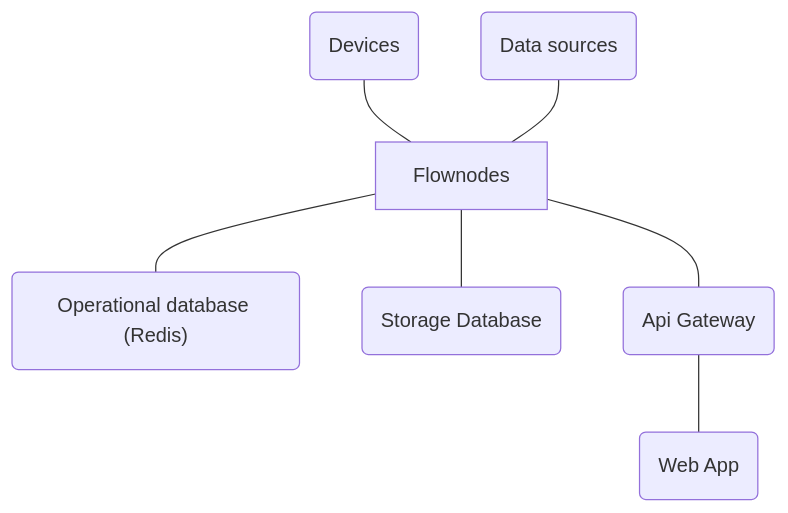
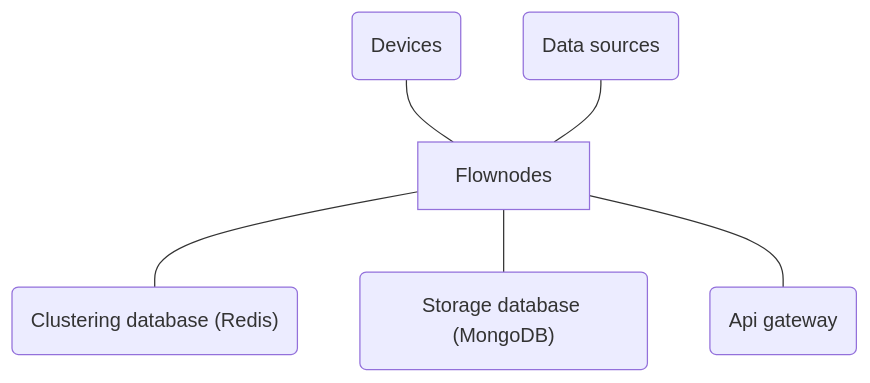
Before and after one commit to coderynx/flownodes: the diagram in README.md, drawn with Mermaid.

````diff
--- a/README.md
+++ b/README.md
@@ -8,9 +8,8 @@
 ```mermaid
 graph TD
     Devices(Devices) --- Flownodes
     DataSources(Data sources) --- Flownodes
-    Flownodes --- OperationalDatabase("Operational database (Redis)")
-    Flownodes --- StorageDatabase("Storage Database")
-    Flownodes --- ApiGateway(Api Gateway)
-    ApiGateway --- WebApp(Web App)
+    Flownodes --- ClusteringDb("Clustering database (Redis)")
+    Flownodes --- StorageDb("Storage database (MongoDB)")
+    Flownodes --- ApiGateway(Api gateway)
 ```
````
